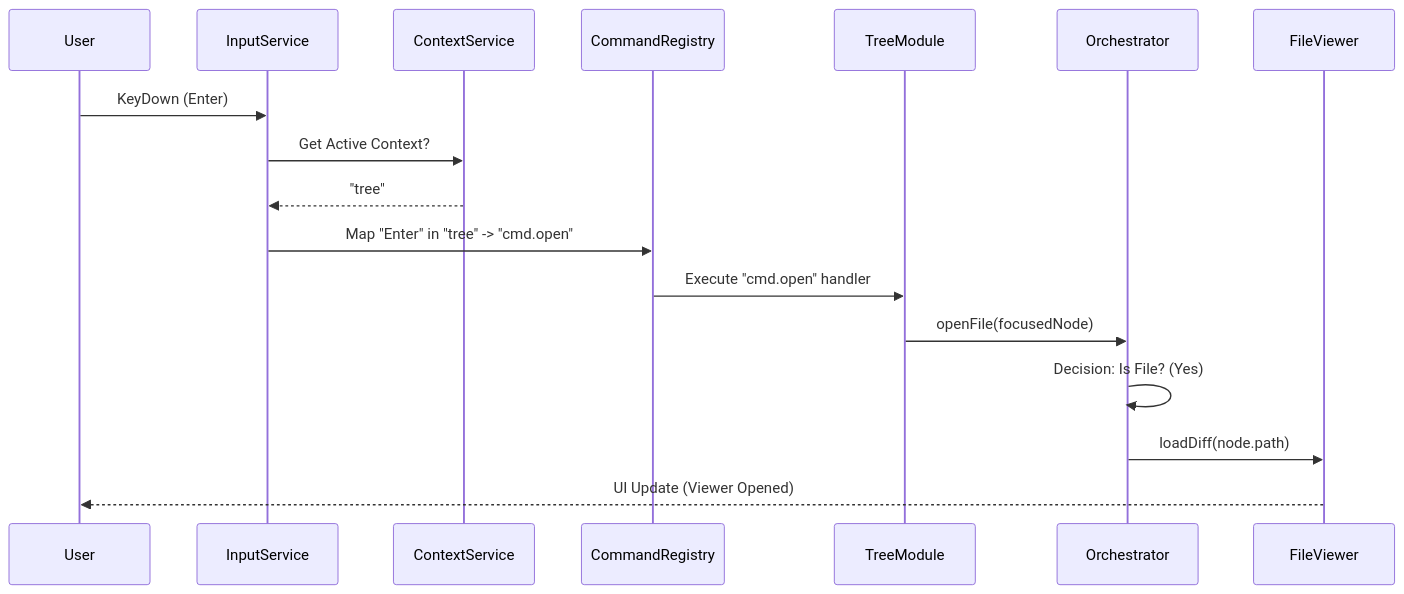
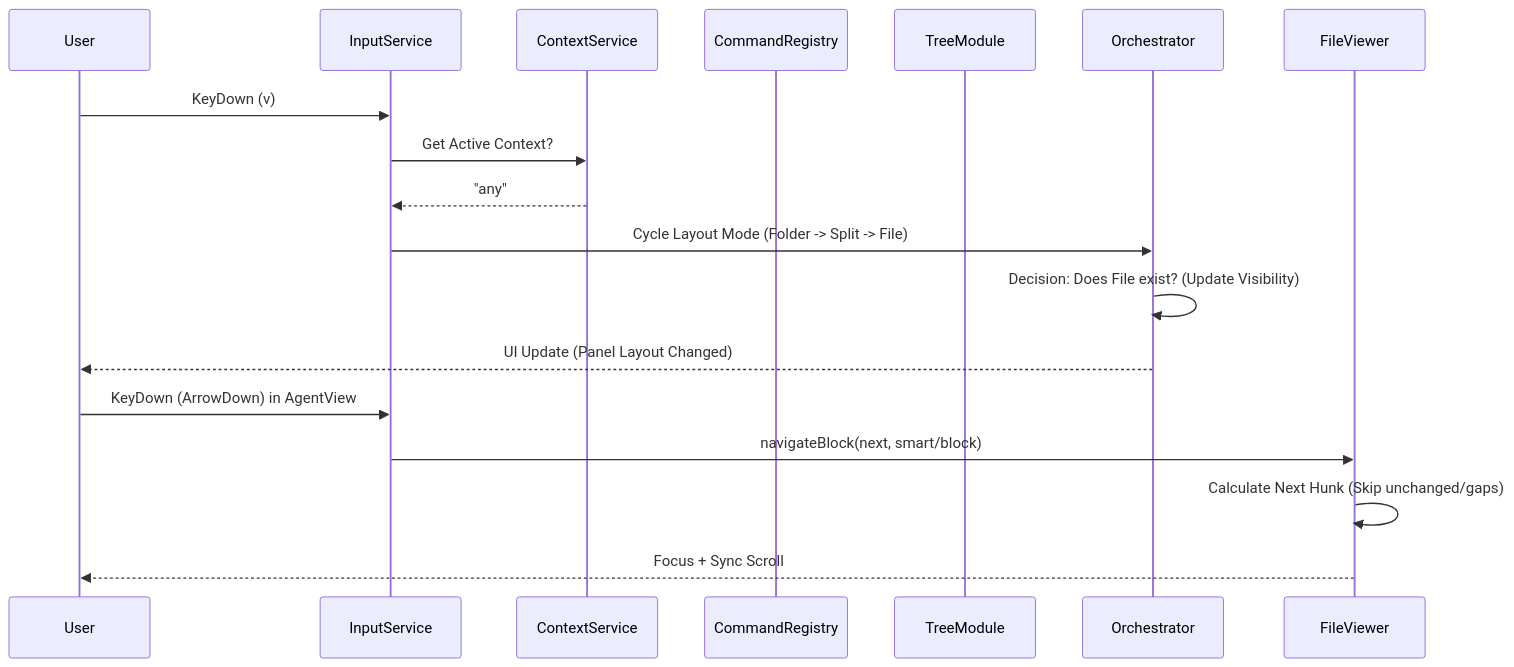
One commit to juitem/JFolderMerge changed the second of 6 diagrams in docs/refacv6/architecture_designs.md. Above: the diagram before and after it, drawn with Mermaid. The commit also changed 28 other files, not shown here.

````diff
--- a/docs/refacv6/architecture_designs.md
+++ b/docs/refacv6/architecture_designs.md
@@ -72,20 +72,22 @@
 ```mermaid
 sequenceDiagram
     participant U as User
     participant I as InputService
     participant C as ContextService
     participant R as CommandRegistry
     participant T as TreeModule
     participant O as Orchestrator
     participant V as FileViewer
 
-    U->>I: KeyDown (Enter)
+    U->>I: KeyDown (v)
     I->>C: Get Active Context?
-    C-->>I: "tree"
-    I->>R: Map "Enter" in "tree" -> "cmd.open"
-    R->>T: Execute "cmd.open" handler
-    T->>O: openFile(focusedNode)
-    O->>O: Decision: Is File? (Yes)
-    O->>V: loadDiff(node.path)
-    V-->>U: UI Update (Viewer Opened)
+    C-->>I: "any"
+    I->>O: Cycle Layout Mode (Folder -> Split -> File)
+    O->>O: Decision: Does File exist? (Update Visibility)
+    O-->>U: UI Update (Panel Layout Changed)
+
+    U->>I: KeyDown (ArrowDown) in AgentView
+    I->>V: navigateBlock(next, smart/block)
+    V->>V: Calculate Next Hunk (Skip unchanged/gaps)
+    V-->>U: Focus + Sync Scroll
 ```
````
